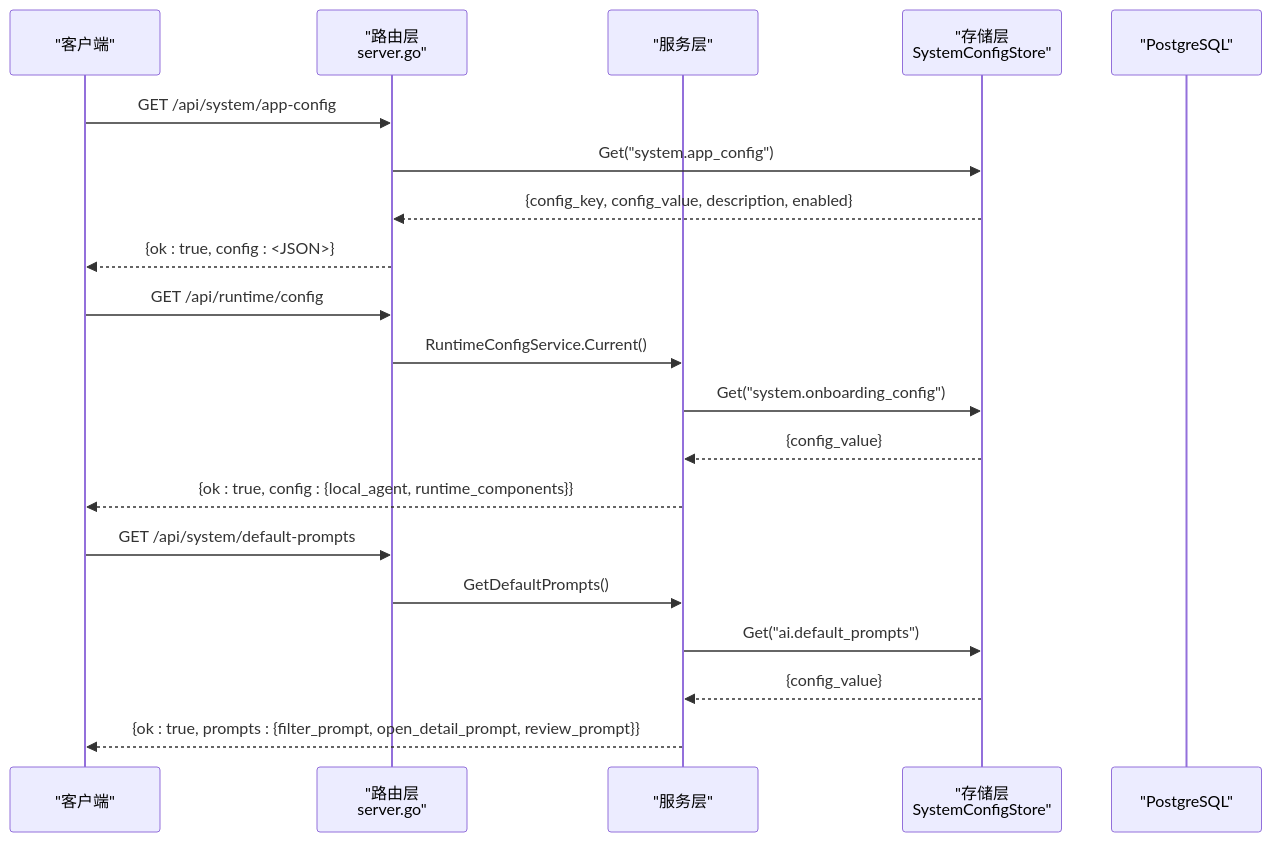
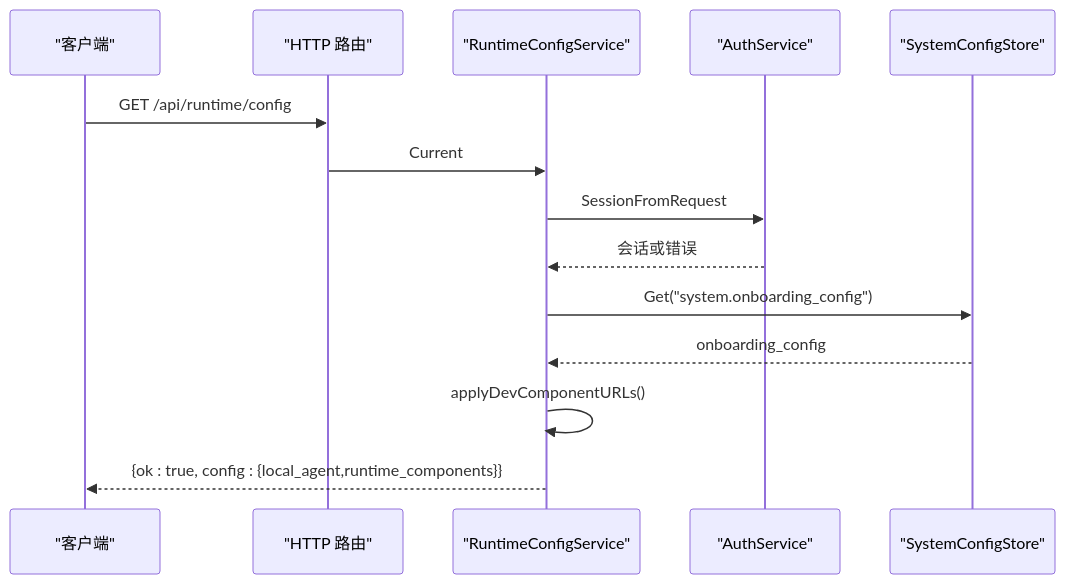
One commit to alvinwangzi/goodhr changed the fourth of 6 diagrams in .qoder/repowiki/zh/content/API接口文档/云端REST API/系统配置API.md. Above: the diagram before and after it, drawn with Mermaid. The commit also changed other lines of this file and 149 other files, not shown here.

````diff
--- a/.qoder/repowiki/zh/content/API接口文档/云端REST API/系统配置API.md
+++ b/.qoder/repowiki/zh/content/API接口文档/云端REST API/系统配置API.md
@@ -86,22 +165,16 @@
 ```mermaid
 sequenceDiagram
 participant C as "客户端"
-participant R as "路由层<br/>server.go"
-participant S as "服务层"
-participant ST as "存储层<br/>SystemConfigStore"
-participant DB as "PostgreSQL"
-C->>R : GET /api/system/app-config
-R->>ST : Get("system.app_config")
-ST-->>R : {config_key, config_value, description, enabled}
-R-->>C : {ok : true, config : <JSON>}
+participant R as "HTTP 路由"
+participant S as "RuntimeConfigService"
+participant A as "AuthService"
+participant SC as "SystemConfigStore"
 C->>R : GET /api/runtime/config
-R->>S : RuntimeConfigService.Current()
-S->>ST : Get("system.onboarding_config")
-ST-->>S : {config_value}
-S-->>C : {ok : true, config : {local_agent, runtime_components}}
-C->>R : GET /api/system/default-prompts
-R->>S : GetDefaultPrompts()
-S->>ST : Get("ai.default_prompts")
-ST-->>S : {config_value}
-S-->>C : {ok : true, prompts : {filter_prompt, open_detail_prompt, review_prompt}}
+R->>S : Current
+S->>A : SessionFromRequest
+A-->>S : 会话或错误
+S->>SC : Get("system.onboarding_config")
+SC-->>S : onboarding_config
+S->>S : applyDevComponentURLs()
+S-->>C : {ok : true, config : {local_agent,runtime_components}}
 ```
````
